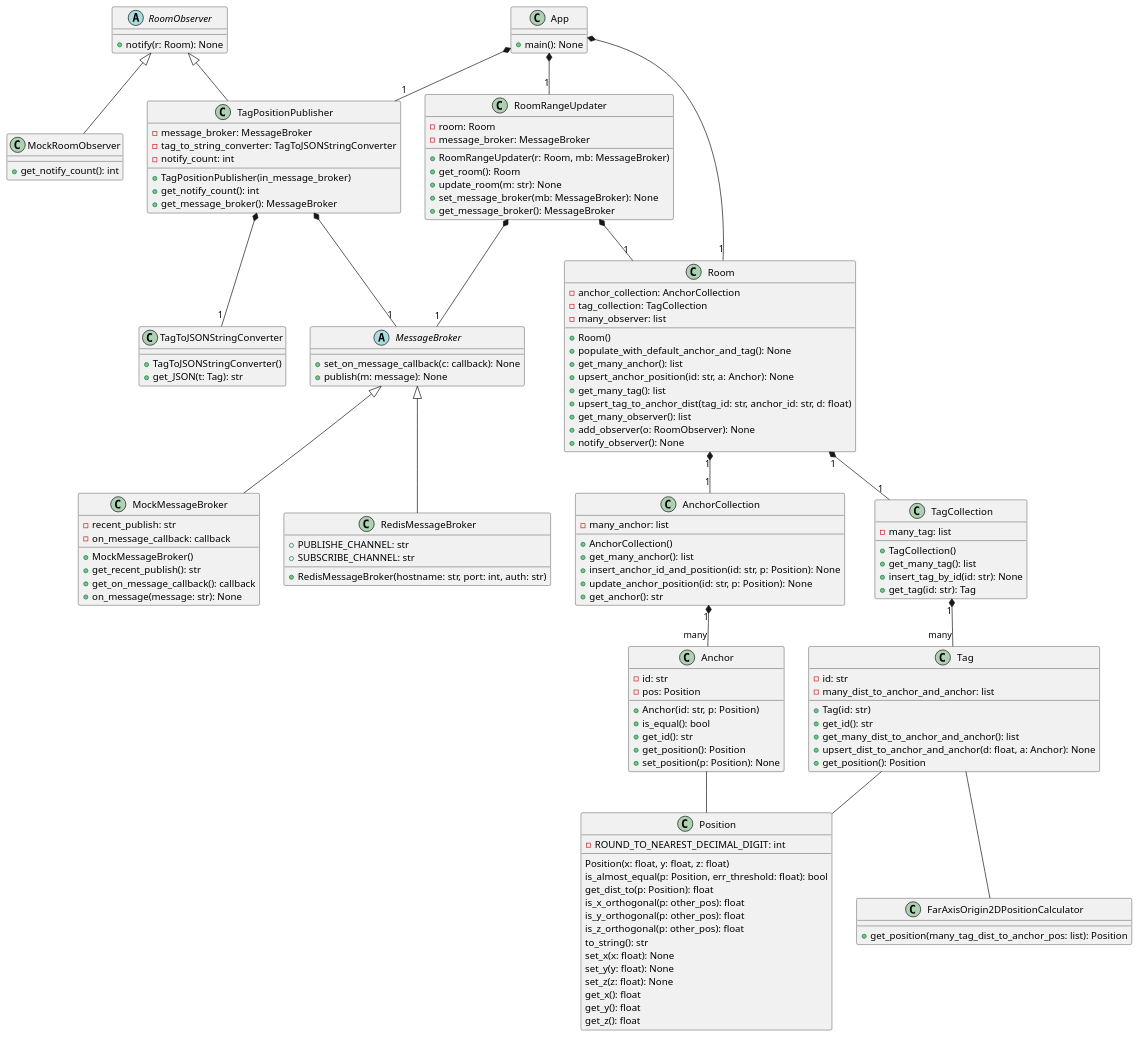
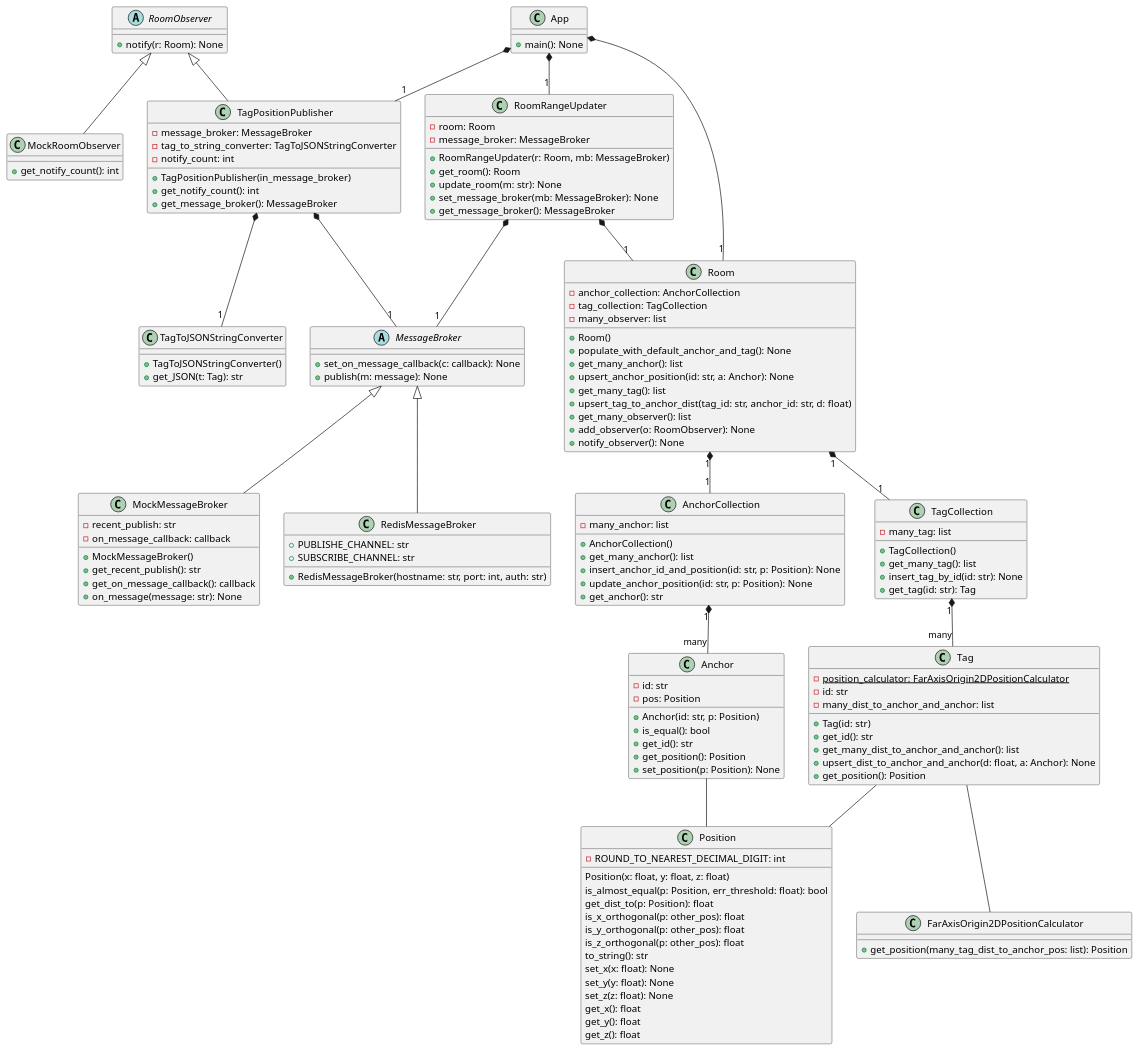
Before and after one commit to Chatchai222/sensor_positioner: the diagram in src/trilateration.plantuml, drawn with PlantUML. The commit also changed 1 other file, not shown here.

```diff
--- a/src/trilateration.plantuml
+++ b/src/trilateration.plantuml
@@ -1,171 +1,172 @@
 @startuml
 
 class Anchor {
     - id: str 
     - pos: Position
     
     + Anchor(id: str, p: Position)
     + is_equal(): bool 
     + get_id(): str 
     + get_position(): Position 
     + set_position(p: Position): None
 }
 class Tag {
+    - {static} position_calculator: FarAxisOrigin2DPositionCalculator
     - id: str
     - many_dist_to_anchor_and_anchor: list
     
     + Tag(id: str)
     + get_id(): str
     + get_many_dist_to_anchor_and_anchor(): list
     + upsert_dist_to_anchor_and_anchor(d: float, a: Anchor): None
     + get_position(): Position
 }
 
 class AnchorCollection {
     - many_anchor: list
 
     + AnchorCollection()
     + get_many_anchor(): list
     + insert_anchor_id_and_position(id: str, p: Position): None
     + update_anchor_position(id: str, p: Position): None
     + get_anchor(): str
 }
 class TagCollection {
     - many_tag: list
 
     + TagCollection()
     + get_many_tag(): list
     + insert_tag_by_id(id: str): None
     + get_tag(id: str): Tag
 }
 
 class Room {
     - anchor_collection: AnchorCollection
     - tag_collection: TagCollection
     - many_observer: list
 
     + Room()
     + populate_with_default_anchor_and_tag(): None
     + get_many_anchor(): list
     + upsert_anchor_position(id: str, a: Anchor): None
     + get_many_tag(): list
     + upsert_tag_to_anchor_dist(tag_id: str, anchor_id: str, d: float)
     + get_many_observer(): list
     + add_observer(o: RoomObserver): None
     + notify_observer(): None
 }
 class TagToJSONStringConverter {
     + TagToJSONStringConverter()
     + get_JSON(t: Tag): str
 }
 
 abstract class MessageBroker{
     + set_on_message_callback(c: callback): None
     + publish(m: message): None
 }
 class MockMessageBroker {
     - recent_publish: str
     - on_message_callback: callback
 
     + MockMessageBroker()
     + get_recent_publish(): str
     + get_on_message_callback(): callback
     + on_message(message: str): None
 }
 class RedisMessageBroker {
     + PUBLISHE_CHANNEL: str
     + SUBSCRIBE_CHANNEL: str
     
     + RedisMessageBroker(hostname: str, port: int, auth: str)
 }
 
 abstract class RoomObserver {
     + notify(r: Room): None
 }
 class TagPositionPublisher {
     - message_broker: MessageBroker
     - tag_to_string_converter: TagToJSONStringConverter
     - notify_count: int
 
     + TagPositionPublisher(in_message_broker)
     + get_notify_count(): int
     + get_message_broker(): MessageBroker
 }
 class MockRoomObserver {
     + get_notify_count(): int
 }
 
 class RoomRangeUpdater {
     - room: Room
     - message_broker: MessageBroker
     
     + RoomRangeUpdater(r: Room, mb: MessageBroker)
     + get_room(): Room
     + update_room(m: str): None
     + set_message_broker(mb: MessageBroker): None
     + get_message_broker(): MessageBroker
 }
 
 
 class Position {
     - ROUND_TO_NEAREST_DECIMAL_DIGIT: int
 
     Position(x: float, y: float, z: float)
     is_almost_equal(p: Position, err_threshold: float): bool
     get_dist_to(p: Position): float
     is_x_orthogonal(p: other_pos): float
     is_y_orthogonal(p: other_pos): float
     is_z_orthogonal(p: other_pos): float
     to_string(): str
     set_x(x: float): None
     set_y(y: float): None
     set_z(z: float): None
     get_x(): float
     get_y(): float
     get_z(): float
 }
 class FarAxisOrigin2DPositionCalculator {
     + get_position(many_tag_dist_to_anchor_pos: list): Position
 }
 
 
 class App {
     + main(): None
 }
 
 
 Tag -- FarAxisOrigin2DPositionCalculator
 Tag -- Position
 
 Anchor -- Position
 
 AnchorCollection "1" *-- "many" Anchor
 TagCollection "1" *-- "many" Tag
 
 Room "1" *-- "1" AnchorCollection
 Room "1" *-- "1" TagCollection
 
 MessageBroker <|-- MockMessageBroker
 MessageBroker <|-- RedisMessageBroker
 
 RoomObserver <|-- TagPositionPublisher
 RoomObserver <|-- MockRoomObserver
 
 TagPositionPublisher *-- "1" MessageBroker
 TagPositionPublisher *-- "1" TagToJSONStringConverter
 
 RoomRangeUpdater *-- "1" MessageBroker
 RoomRangeUpdater *-- "1" Room
 
 App *-- "1" RoomRangeUpdater
 App *-- "1" Room
 App *-- "1" TagPositionPublisher
 
 
 
 
 
 
 
 
 @enduml
```
